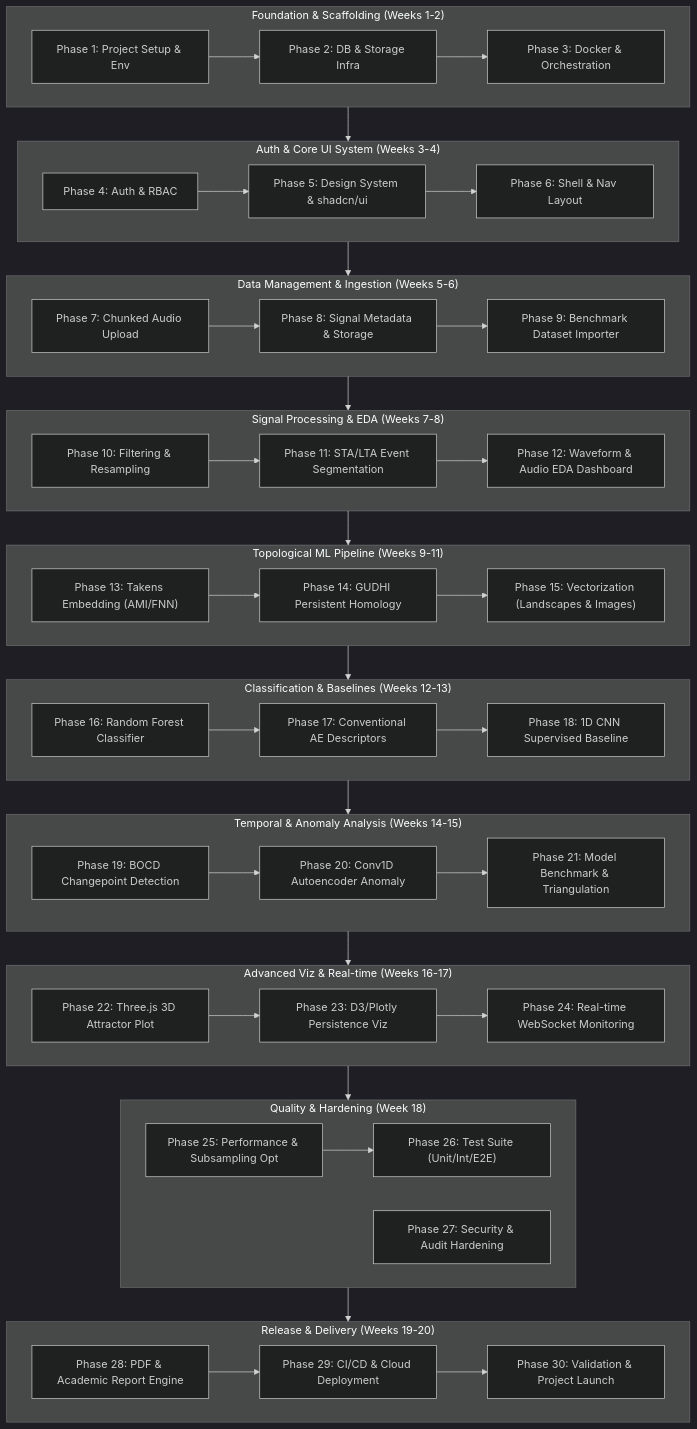
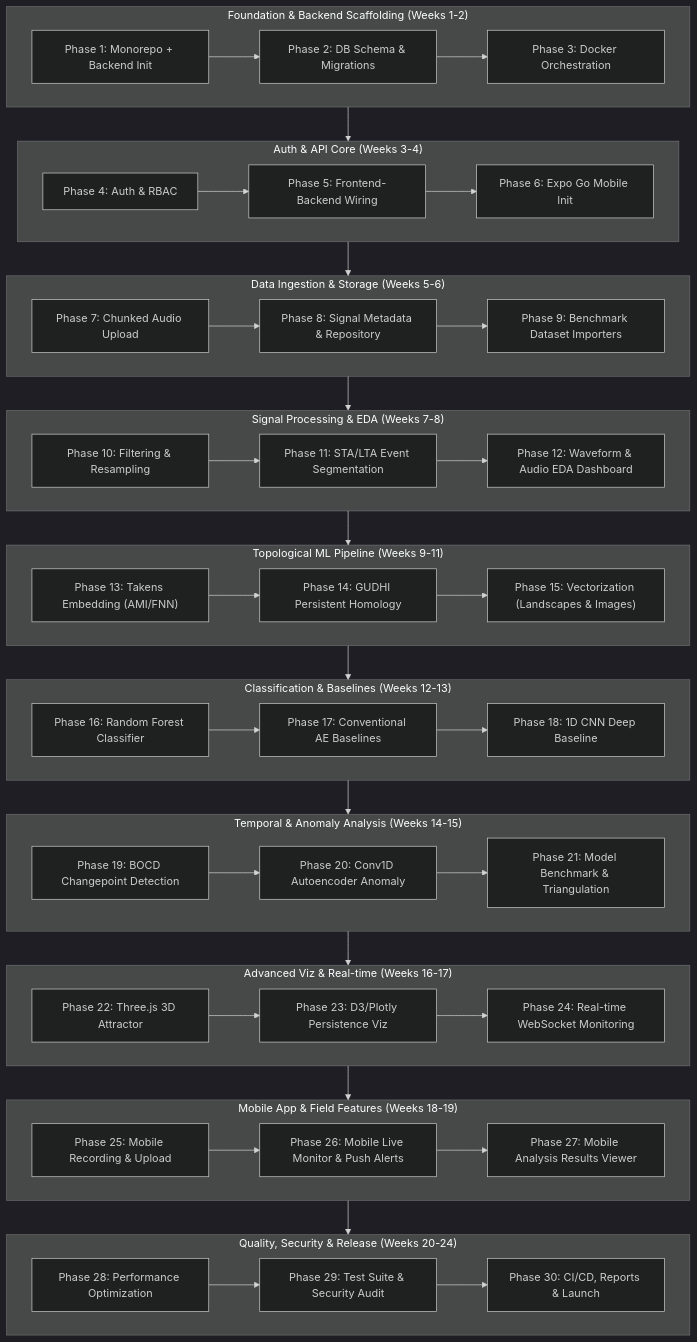
The diagram in 30-PHASE-PLAN.md (karthik5033/EchoSense), drawn with Mermaid (dark theme) before and after one commit. The commit also changed other lines of this file, not shown here.

Commit message:
docs: update 30-phase roadmap with complete completion status

````diff
--- a/30-PHASE-PLAN.md
+++ b/30-PHASE-PLAN.md
@@ -13,62 +33,62 @@
 ```mermaid
 flowchart TD
-    subgraph Track1["Foundation & Scaffolding (Weeks 1-2)"]
-        P1["Phase 1: Project Setup & Env"] --> P2["Phase 2: DB & Storage Infra"]
-        P2 --> P3["Phase 3: Docker & Orchestration"]
+    subgraph Track1["Foundation & Backend Scaffolding (Weeks 1-2)"]
+        P1["Phase 1: Monorepo + Backend Init"] --> P2["Phase 2: DB Schema & Migrations"]
+        P2 --> P3["Phase 3: Docker Orchestration"]
     end
 
-    subgraph Track2["Auth & Core UI System (Weeks 3-4)"]
-        P4["Phase 4: Auth & RBAC"] --> P5["Phase 5: Design System & shadcn/ui"]
-        P5 --> P6["Phase 6: Shell & Nav Layout"]
+    subgraph Track2["Auth & API Core (Weeks 3-4)"]
+        P4["Phase 4: Auth & RBAC"] --> P5["Phase 5: Frontend-Backend Wiring"]
+        P5 --> P6["Phase 6: Expo Go Mobile Init"]
     end
 
-    subgraph Track3["Data Management & Ingestion (Weeks 5-6)"]
-        P7["Phase 7: Chunked Audio Upload"] --> P8["Phase 8: Signal Metadata & Storage"]
-        P8 --> P9["Phase 9: Benchmark Dataset Importer"]
+    subgraph Track3["Data Ingestion & Storage (Weeks 5-6)"]
+        P7["Phase 7: Chunked Audio Upload"] --> P8["Phase 8: Signal Metadata & Repository"]
+        P8 --> P9["Phase 9: Benchmark Dataset Importers"]
     end
 
     subgraph Track4["Signal Processing & EDA (Weeks 7-8)"]
         P10["Phase 10: Filtering & Resampling"] --> P11["Phase 11: STA/LTA Event Segmentation"]
         P11 --> P12["Phase 12: Waveform & Audio EDA Dashboard"]
     end
 
     subgraph Track5["Topological ML Pipeline (Weeks 9-11)"]
         P13["Phase 13: Takens Embedding (AMI/FNN)"] --> P14["Phase 14: GUDHI Persistent Homology"]
         P14 --> P15["Phase 15: Vectorization (Landscapes & Images)"]
     end
 
     subgraph Track6["Classification & Baselines (Weeks 12-13)"]
-        P16["Phase 16: Random Forest Classifier"] --> P17["Phase 17: Conventional AE Descriptors"]
-        P17 --> P18["Phase 18: 1D CNN Supervised Baseline"]
+        P16["Phase 16: Random Forest Classifier"] --> P17["Phase 17: Conventional AE Baselines"]
+        P17 --> P18["Phase 18: 1D CNN Deep Baseline"]
     end
 
     subgraph Track7["Temporal & Anomaly Analysis (Weeks 14-15)"]
         P19["Phase 19: BOCD Changepoint Detection"] --> P20["Phase 20: Conv1D Autoencoder Anomaly"]
         P20 --> P21["Phase 21: Model Benchmark & Triangulation"]
     end
 
     subgraph Track8["Advanced Viz & Real-time (Weeks 16-17)"]
-        P22["Phase 22: Three.js 3D Attractor Plot"] --> P23["Phase 23: D3/Plotly Persistence Viz"]
+        P22["Phase 22: Three.js 3D Attractor"] --> P23["Phase 23: D3/Plotly Persistence Viz"]
         P23 --> P24["Phase 24: Real-time WebSocket Monitoring"]
     end
 
-    subgraph Track9["Quality & Hardening (Week 18)"]
-        P25["Phase 25: Performance & Subsampling Opt"] --> P26["Phase 26: Test Suite (Unit/Int/E2E)"]
-        P27["Phase 27: Security & Audit Hardening"]
+    subgraph Track9["Mobile App & Field Features (Weeks 18-19)"]
+        P25["Phase 25: Mobile Recording & Upload"] --> P26["Phase 26: Mobile Live Monitor & Push Alerts"]
+        P26 --> P27["Phase 27: Mobile Analysis Results Viewer"]
     end
 
-    subgraph Track10["Release & Delivery (Weeks 19-20)"]
-        P28["Phase 28: PDF & Academic Report Engine"] --> P29["Phase 29: CI/CD & Cloud Deployment"]
-        P29 --> P30["Phase 30: Validation & Project Launch"]
+    subgraph Track10["Quality, Security & Release (Weeks 20-24)"]
+        P28["Phase 28: Performance Optimization"] --> P29["Phase 29: Test Suite & Security Audit"]
+        P29 --> P30["Phase 30: CI/CD, Reports & Launch"]
     end
 
     Track1 --> Track2
     Track2 --> Track3
     Track3 --> Track4
     Track4 --> Track5
     Track5 --> Track6
     Track6 --> Track7
     Track7 --> Track8
     Track8 --> Track9
     Track9 --> Track10
 ```
````
